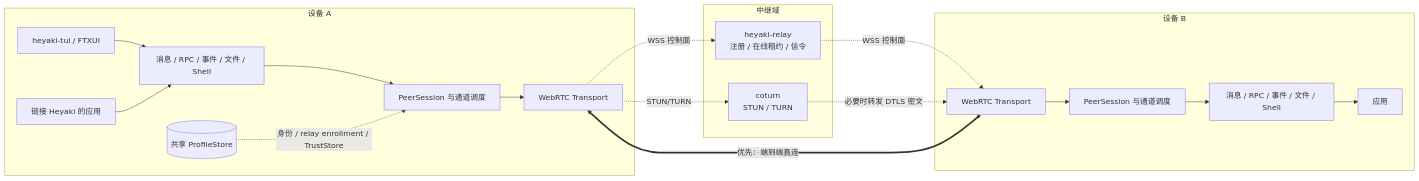
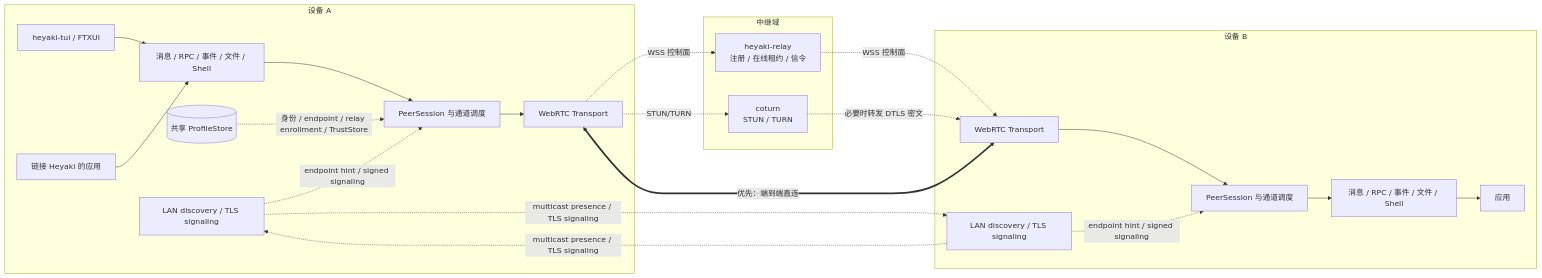
One commit to Linductor-alkaid/heyaki changed the first of 2 diagrams in docs/design/heyaki-architecture.md. Above: the diagram before and after it, drawn with Mermaid. The commit also changed other lines of this file and 9 other files, not shown here.

````diff
--- a/docs/design/heyaki-architecture.md
+++ b/docs/design/heyaki-architecture.md
@@ -108,34 +125,40 @@
 ```mermaid
 flowchart LR
     subgraph A[设备 A]
         ATui[heyaki-tui / FTXUI]
         AApp[链接 Heyaki 的应用]
         AProfile[(共享 ProfileStore)]
         AService[消息 / RPC / 事件 / 文件 / Shell]
         ASession[PeerSession 与通道调度]
         ATransport[WebRTC Transport]
+        ALan[LAN discovery / TLS signaling]
         ATui --> AService
         AApp --> AService
         AService --> ASession --> ATransport
-        AProfile -. 身份 / relay enrollment / TrustStore .-> ASession
+        AProfile -. 身份 / endpoint / relay enrollment / TrustStore .-> ASession
+        ALan -. endpoint hint / signed signaling .-> ASession
     end
 
     subgraph R[中继域]
         Signal["heyaki-relay<br/>注册 / 在线租约 / 信令"]
         Turn["coturn<br/>STUN / TURN"]
     end
 
     subgraph B[设备 B]
         BTransport[WebRTC Transport]
         BSession[PeerSession 与通道调度]
         BService[消息 / RPC / 事件 / 文件 / Shell]
         BApp[应用]
+        BLan[LAN discovery / TLS signaling]
         BTransport --> BSession --> BService --> BApp
+        BLan -. endpoint hint / signed signaling .-> BSession
     end
 
+    ALan -. multicast presence / TLS signaling .-> BLan
+    BLan -. multicast presence / TLS signaling .-> ALan
     ATransport -. WSS 控制面 .-> Signal
     Signal -. WSS 控制面 .-> BTransport
     ATransport -. STUN/TURN .-> Turn
     Turn -. 必要时转发 DTLS 密文 .-> BTransport
     ATransport <== 优先：端到端直连 ==> BTransport
 ```
````
